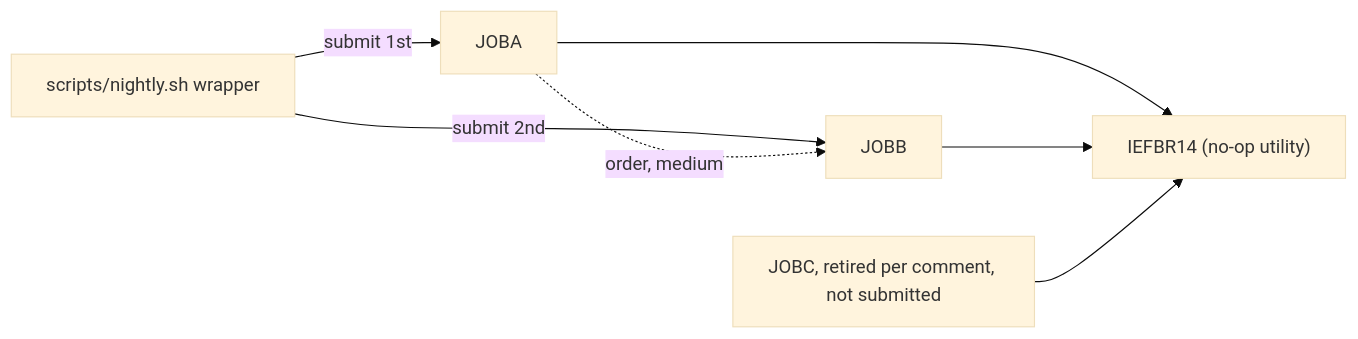
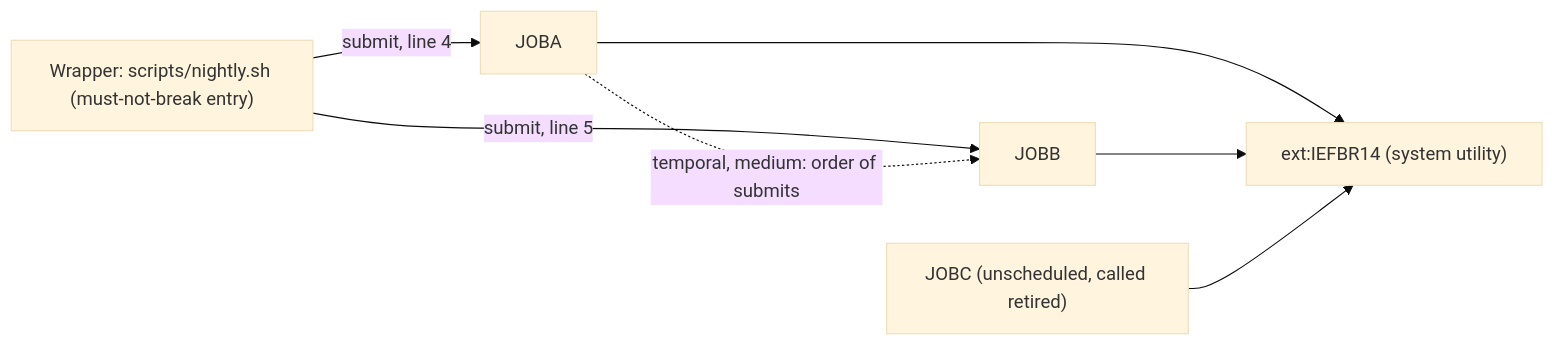
One commit to Sparq-Holding-Inc/claude-legacy-modernization changed the diagram in evals/runs/10-temporal-shell/modernization-assessment/02-coupling.md. Above: the diagram before and after it, drawn with Mermaid (base theme). The commit also changed other lines of this file and 217 other files, not shown here.

````diff
--- a/evals/runs/10-temporal-shell/modernization-assessment/02-coupling.md
+++ b/evals/runs/10-temporal-shell/modernization-assessment/02-coupling.md
@@ -48,10 +40,9 @@
 ```mermaid
 graph LR
-  W["scripts/nightly.sh wrapper"] -->|"submit 1st"| A["JOBA"]
-  W -->|"submit 2nd"| B["JOBB"]
-  A -. "order, medium" .-> B
-  C["JOBC, retired per comment, not submitted"]
-  A --> X["IEFBR14 (no-op utility)"]
-  B --> X
-  C --> X
+  W["Wrapper: scripts/nightly.sh (must-not-break entry)"] -->|submit, line 4| A["JOBA"]
+  W -->|submit, line 5| B["JOBB"]
+  A -.->|temporal, medium: order of submits| B
+  A --> U["ext:IEFBR14 (system utility)"]
+  B --> U
+  C["JOBC (unscheduled, called retired)"] --> U
 ```
````
